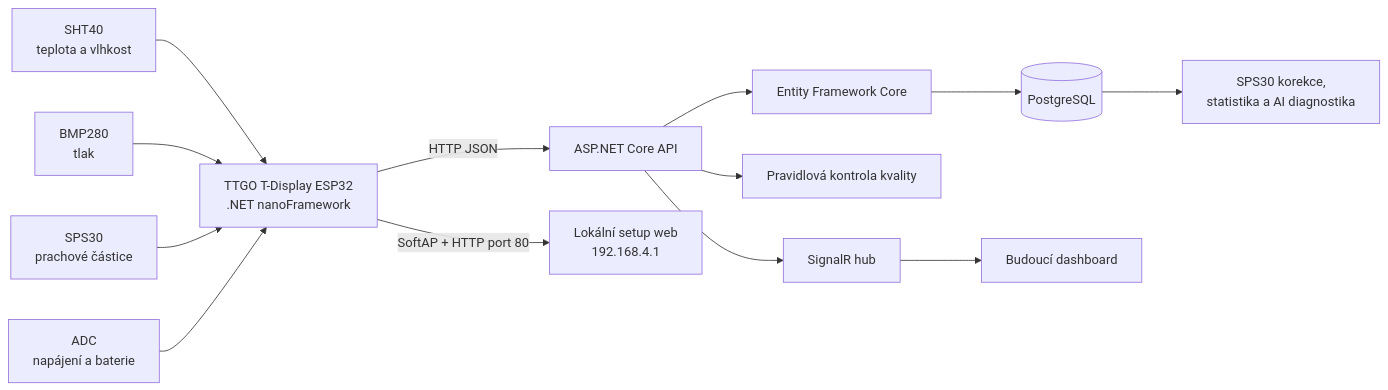
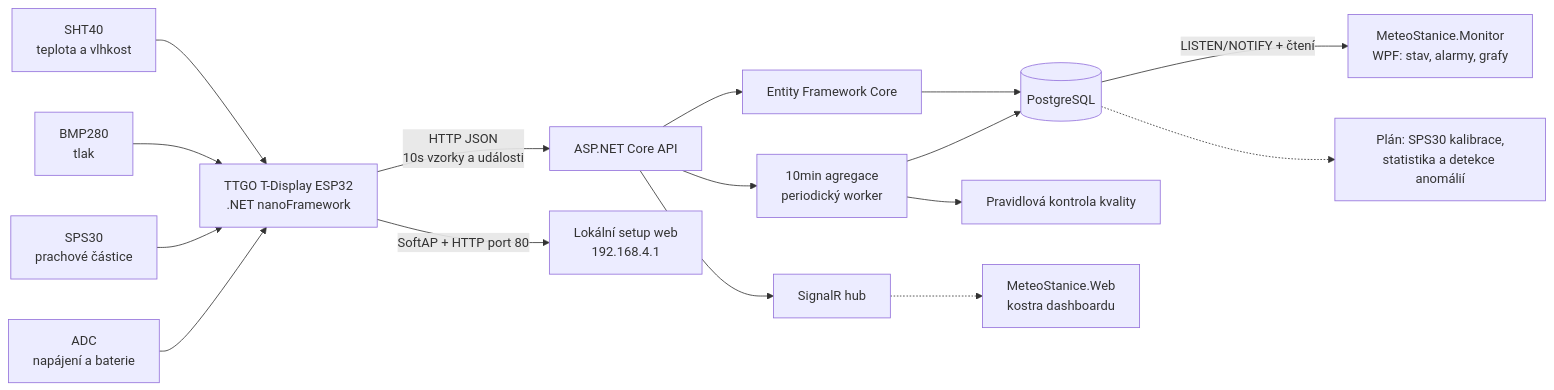
The first of 3 diagrams in docs/ARCHITEKTURA_A_POPIS_SYSTEMU.md (Radovan30/MeteoStanice), drawn with Mermaid before and after one commit. The commit also changed other lines of this file and 2 other files, not shown here.

First line of the commit message:
Dokumentace: diagramy a popis odpovidaji 10s toku, workeru a Monitoru

````diff
--- a/docs/ARCHITEKTURA_A_POPIS_SYSTEMU.md
+++ b/docs/ARCHITEKTURA_A_POPIS_SYSTEMU.md
@@ -37,16 +37,19 @@
 ```mermaid
 flowchart LR
     SHT[SHT40\nteplota a vlhkost] --> ESP
     BMP[BMP280\ntlak] --> ESP
     SPS[SPS30\nprachové částice] --> ESP
     PWR[ADC\nnapájení a baterie] --> ESP
 
-    ESP[TTGO T-Display ESP32\n.NET nanoFramework] -->|HTTP JSON| API[ASP.NET Core API]
+    ESP[TTGO T-Display ESP32\n.NET nanoFramework] -->|HTTP JSON\n10s vzorky a události| API[ASP.NET Core API]
     ESP -->|SoftAP + HTTP port 80| SETUP[Lokální setup web\n192.168.4.1]
     API --> EF[Entity Framework Core]
     EF --> DB[(PostgreSQL)]
-    API --> QC[Pravidlová kontrola kvality]
+    API --> AGG[10min agregace\nperiodický worker]
+    AGG --> QC[Pravidlová kontrola kvality]
+    AGG --> DB
     API --> SIGNALR[SignalR hub]
-    SIGNALR --> DASH[Budoucí dashboard]
-    DB --> ANALYTICS[SPS30 korekce,\nstatistika a AI diagnostika]
+    SIGNALR -.-> DASH[MeteoStanice.Web\nkostra dashboardu]
+    DB -->|LISTEN/NOTIFY + čtení| MON[MeteoStanice.Monitor\nWPF: stav, alarmy, grafy]
+    DB -.-> ANALYTICS[Plán: SPS30 kalibrace,\nstatistika a detekce anomálií]
 ```
````
